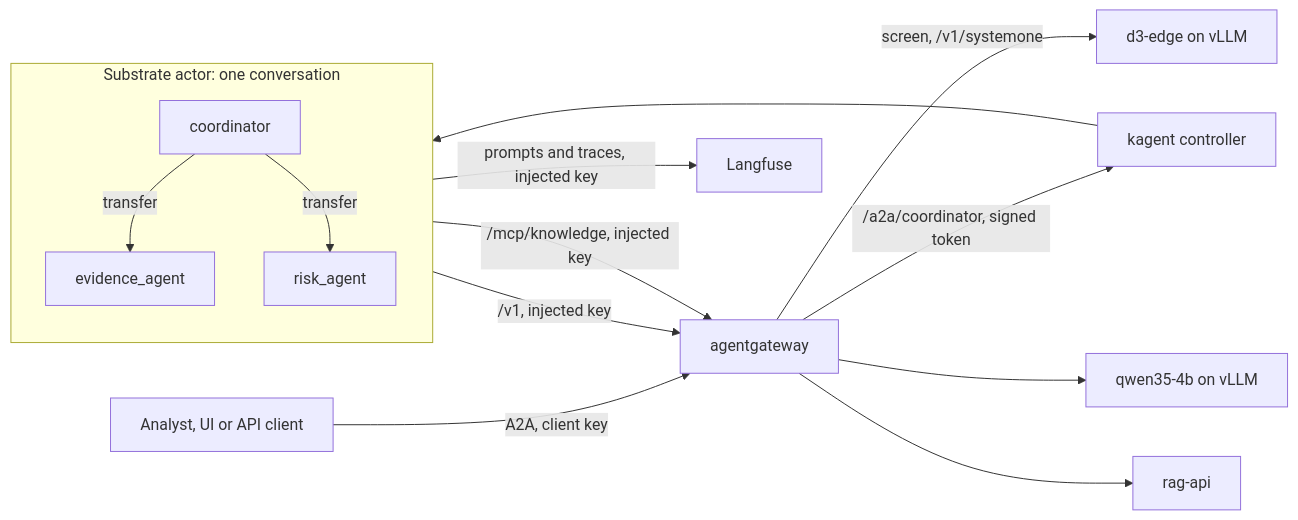
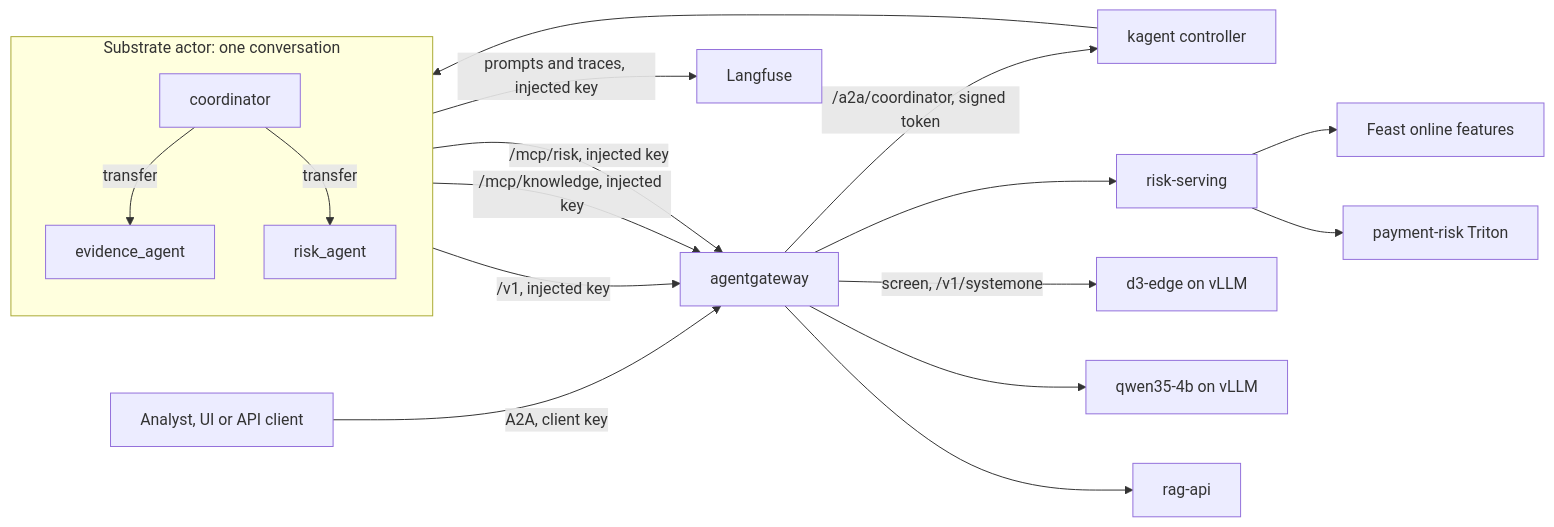
The diagram in docs/llm/agents.md (phuchoang2603/payment-gateway-fraud-detection), drawn with Mermaid before and after one commit. The commit also changed other lines of this file and 92 other files, not shown here.

First line of the commit message:
feat(llm): add dev risk tools and gated MCP releases (#120)

````diff
--- a/docs/llm/agents.md
+++ b/docs/llm/agents.md
@@ -22,16 +23,20 @@
 ```mermaid
 flowchart LR
   client[Analyst, UI or API client] -->|A2A, client key| gw[agentgateway]
   gw -->|/a2a/coordinator, signed token| ctrl[kagent controller]
   ctrl --> actor
   subgraph actor[Substrate actor: one conversation]
     coord[coordinator] -->|transfer| ev[evidence_agent]
     coord -->|transfer| risk[risk_agent]
   end
   actor -->|/v1, injected key| gw
   actor -->|/mcp/knowledge, injected key| gw
+  actor -->|/mcp/risk, injected key| gw
+  gw --> risktool[risk-serving]
+  risktool --> feast[Feast online features]
+  risktool --> triton[payment-risk Triton]
   gw -->|screen, /v1/systemone| d3[d3-edge on vLLM]
   gw --> vllm[qwen35-4b on vLLM]
   gw --> rag[rag-api]
   actor -->|prompts and traces, injected key| lf[Langfuse]
 ```
````
